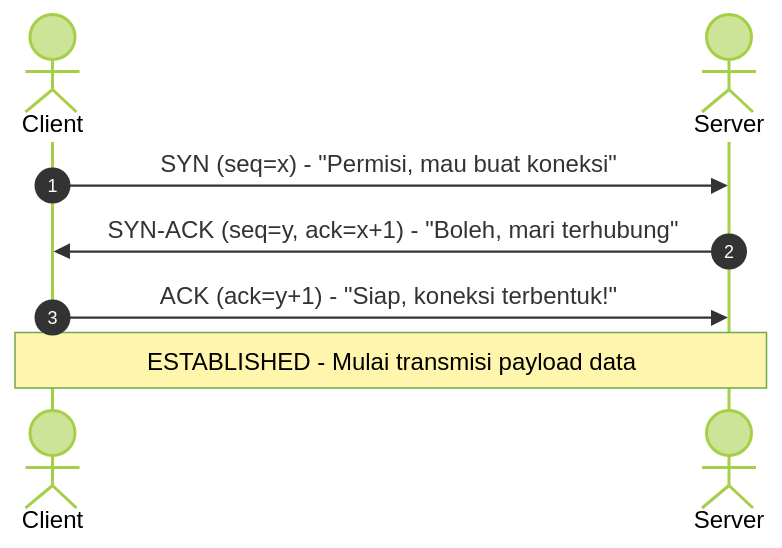
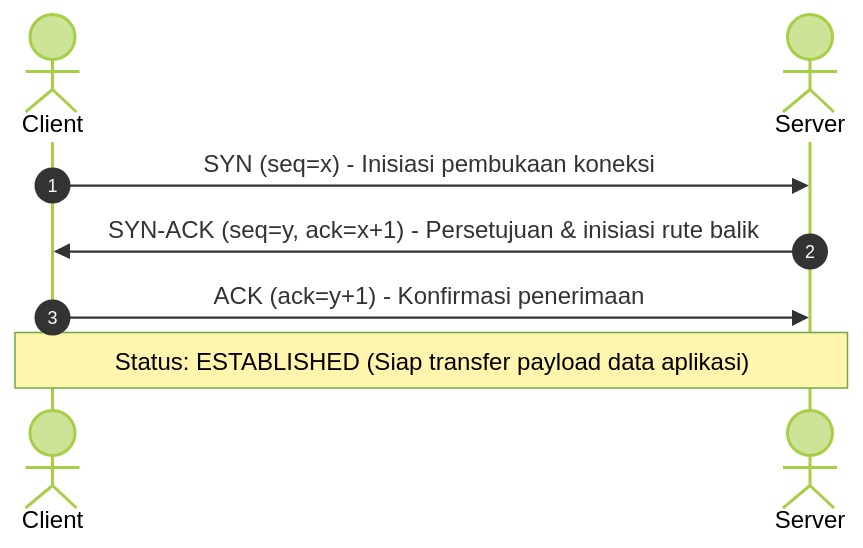
One commit to Fizhkan/FizhWiki changed the second of 2 diagrams in src/content/docs/networking/01-osi-tcp-ip-model.md. Above: the diagram before and after it, drawn with Mermaid (forest theme). The commit also changed other lines of this file and 4 other files, not shown here.

````diff
--- a/src/content/docs/networking/01-osi-tcp-ip-model.md
+++ b/src/content/docs/networking/01-osi-tcp-ip-model.md
@@ -60,10 +65,10 @@
 ```mermaid
 sequenceDiagram
     autonumber
     actor Client
     actor Server
-    Client->>Server: SYN (seq=x) - "Permisi, mau buat koneksi"
-    Server->>Client: SYN-ACK (seq=y, ack=x+1) - "Boleh, mari terhubung"
-    Client->>Server: ACK (ack=y+1) - "Siap, koneksi terbentuk!"
-    Note over Client,Server: ESTABLISHED - Mulai transmisi payload data
+    Client->>Server: SYN (seq=x) - Inisiasi pembukaan koneksi
+    Server->>Client: SYN-ACK (seq=y, ack=x+1) - Persetujuan & inisiasi rute balik
+    Client->>Server: ACK (ack=y+1) - Konfirmasi penerimaan
+    Note over Client,Server: Status: ESTABLISHED (Siap transfer payload data aplikasi)
 ```
````
